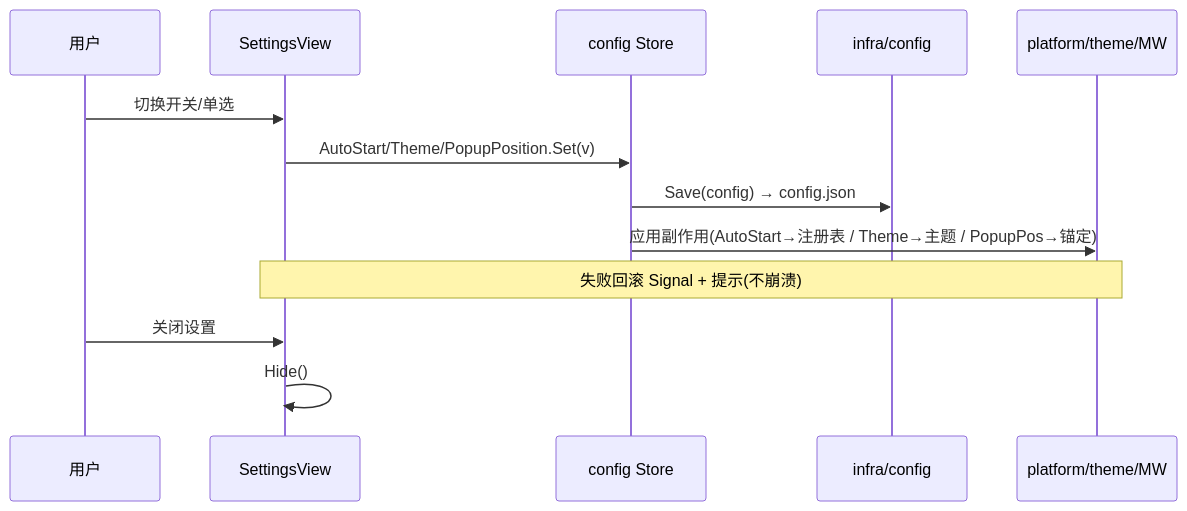
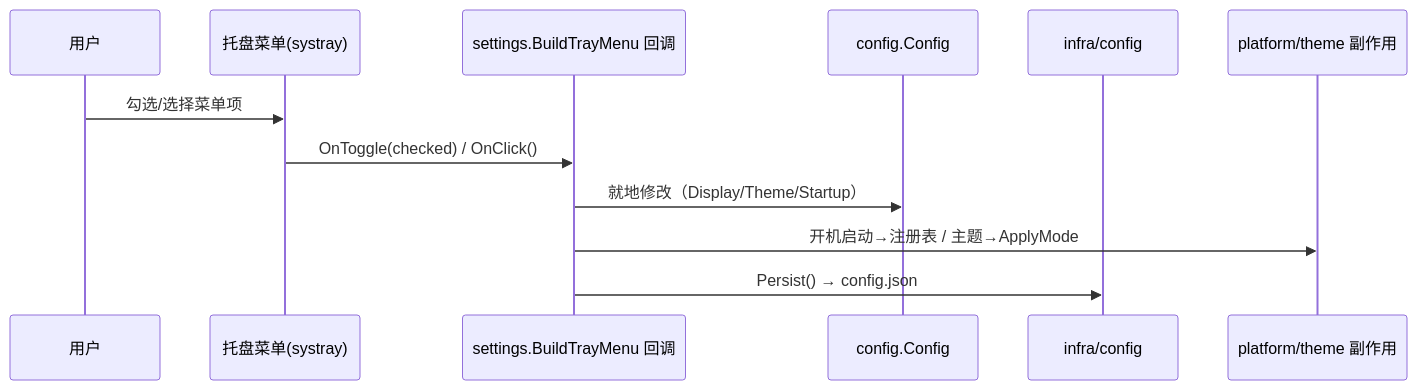
The third of 4 diagrams in docs/90-UI/Settings.md (shaolei/DeskCalendar), drawn with Mermaid before and after one commit. The commit also changed other lines of this file and 10 other files, not shown here.

First line of the commit message:
feat(settings): Phase3 slice #115 - tray right-click menu (Path D)

````diff
--- a/docs/90-UI/Settings.md
+++ b/docs/90-UI/Settings.md
@@ -123,16 +124,15 @@
 ```mermaid
 sequenceDiagram
     participant U as 用户
-    participant SV as SettingsView
-    participant S as config Store
+    participant M as 托盘菜单(systray)
+    participant S as settings.BuildTrayMenu 回调
+    participant C as config.Config
     participant W as infra/config
-    participant P as platform/theme/MW
+    participant P as platform/theme 副作用
 
-    U->>SV: 切换开关/单选
-    SV->>S: AutoStart/Theme/PopupPosition.Set(v)
-    S->>W: Save(config) → config.json
-    S->>P: 应用副作用(AutoStart→注册表 / Theme→主题 / PopupPos→锚定)
-    Note over SV,P: 失败回滚 Signal + 提示(不崩溃)
-    U->>SV: 关闭设置
-    SV->>SV: Hide()
+    U->>M: 勾选/选择菜单项
+    M->>S: OnToggle(checked) / OnClick()
+    S->>C: 就地修改（Display/Theme/Startup）
+    S->>P: 开机启动→注册表 / 主题→ApplyMode
+    S->>W: Persist() → config.json
 ```
````
